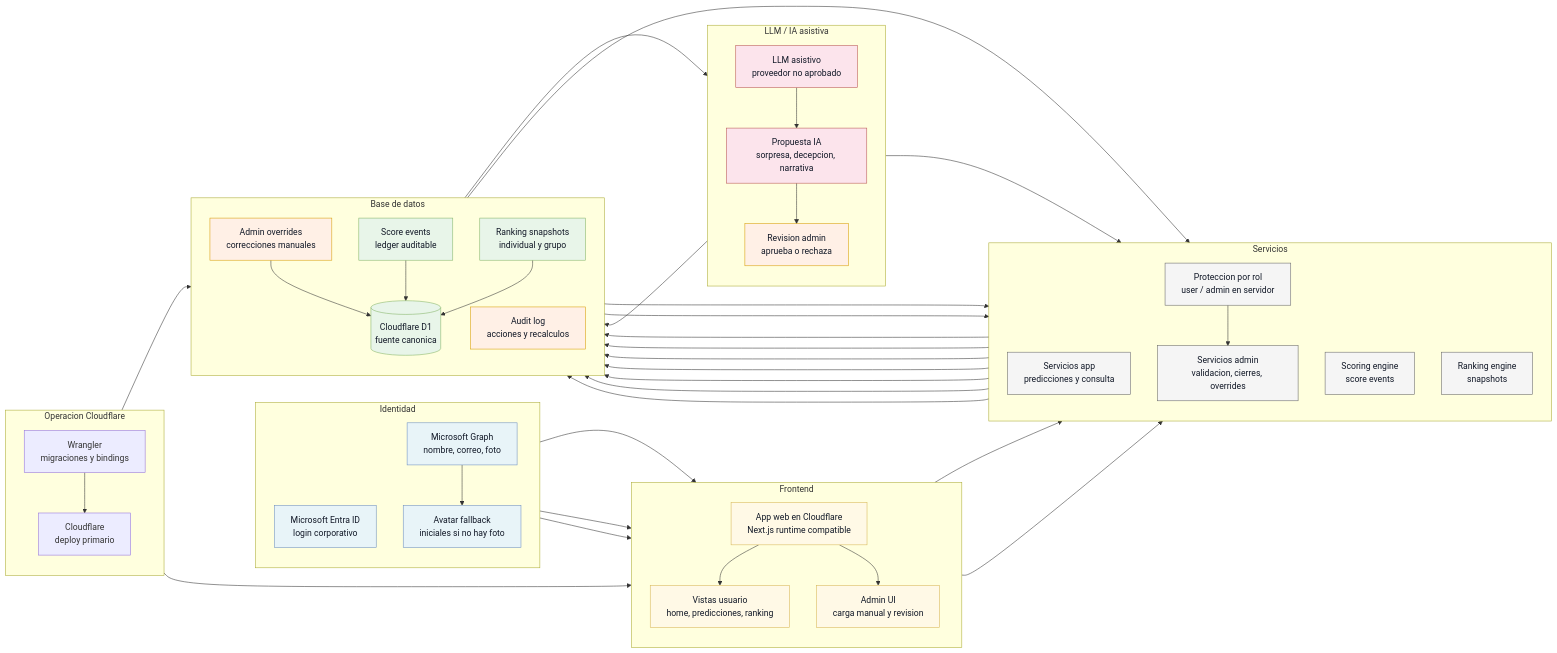
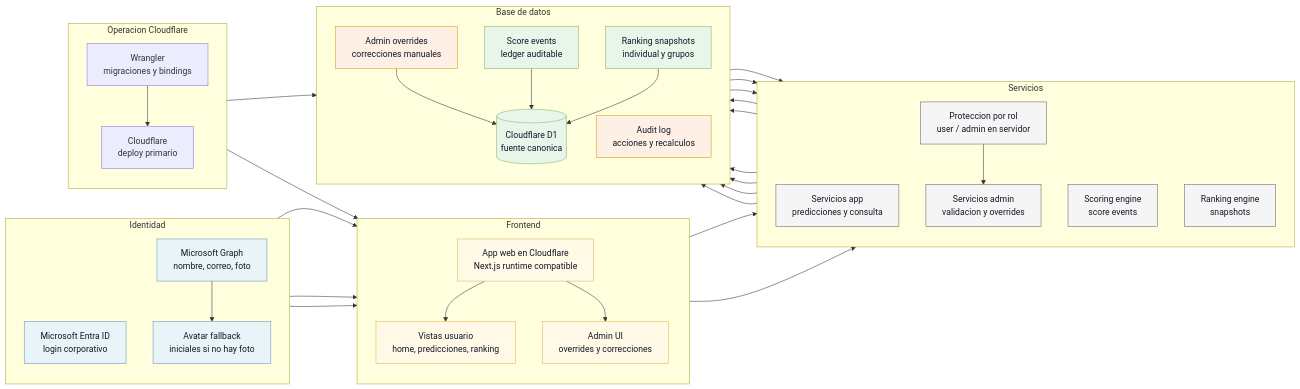
Before and after one commit to C3SC0-V4113/ara-world-cup-context-hub: the diagram in docs/diagrams/d1-manual-ingestion-architecture.md, drawn with Mermaid. The commit also changed other lines of this file and 23 other files, not shown here.

````diff
--- a/docs/diagrams/d1-manual-ingestion-architecture.md
+++ b/docs/diagrams/d1-manual-ingestion-architecture.md
@@ -20,14 +17,14 @@
     direction TB
     appShell["App web en Cloudflare<br/>Next.js runtime compatible"]
     userViews["Vistas usuario<br/>home, predicciones, ranking"]
-    adminUi["Admin UI<br/>carga manual y revision"]
+    adminUi["Admin UI<br/>overrides y correcciones"]
   end
 
   subgraph servicesSection["Servicios"]
     direction TB
     appServices["Servicios app<br/>predicciones y consulta"]
     roleGuard["Proteccion por rol<br/>user / admin en servidor"]
-    adminServices["Servicios admin<br/>validacion, cierres, overrides"]
+    adminServices["Servicios admin<br/>validacion y overrides"]
     scoringEngine["Scoring engine<br/>score events"]
     rankingEngine["Ranking engine<br/>snapshots"]
   end
@@ -37,15 +34,8 @@
     d1Store[("Cloudflare D1<br/>fuente canonica")]
     adminOverrides["Admin overrides<br/>correcciones manuales"]
     scoreEvents["Score events<br/>ledger auditable"]
-    rankingSnapshots["Ranking snapshots<br/>individual y grupo"]
+    rankingSnapshots["Ranking snapshots<br/>individual y grupos"]
     auditLog["Audit log<br/>acciones y recalculos"]
-  end
-
-  subgraph llmSection["LLM / IA asistiva"]
-    direction TB
-    llmProvider["LLM asistivo<br/>proveedor no aprobado"]
-    llmDraft["Propuesta IA<br/>sorpresa, decepcion, narrativa"]
-    adminReview["Revision admin<br/>aprueba o rechaza"]
   end
 
   subgraph opsSection["Operacion Cloudflare"]
@@ -65,7 +55,6 @@
   roleGuard --> adminServices
   appServices --> d1Store
   d1Store --> appServices
-  adminServices --> d1Store
   adminServices --> adminOverrides
   adminOverrides --> d1Store
   adminServices --> auditLog
@@ -76,11 +65,6 @@
   d1Store --> rankingEngine
   rankingEngine --> rankingSnapshots
   rankingSnapshots --> d1Store
-  d1Store --> llmProvider
-  llmProvider --> llmDraft
-  llmDraft --> adminReview
-  adminReview --> adminServices
-  adminReview --> auditLog
   wranglerOps --> d1Store
   wranglerOps --> cloudflareDeploy
   cloudflareDeploy --> appShell
@@ -90,12 +74,10 @@
   classDef serviceCls fill:#f5f5f5,stroke:#666666,color:#111827
   classDef storeCls fill:#e8f5e9,stroke:#82b366,color:#111827
   classDef adminCls fill:#fff0e6,stroke:#d79b00,color:#111827
-  classDef llmCls fill:#fce4ec,stroke:#b85450,color:#111827
 
   class msEntra,msGraphProfile,avatarFallback identityCls
   class appShell,userViews,adminUi frontendCls
   class appServices,roleGuard,adminServices,scoringEngine,rankingEngine serviceCls
   class d1Store,scoreEvents,rankingSnapshots storeCls
-  class adminOverrides,auditLog,adminReview adminCls
-  class llmProvider,llmDraft llmCls
+  class adminOverrides,auditLog adminCls
 ```
````
